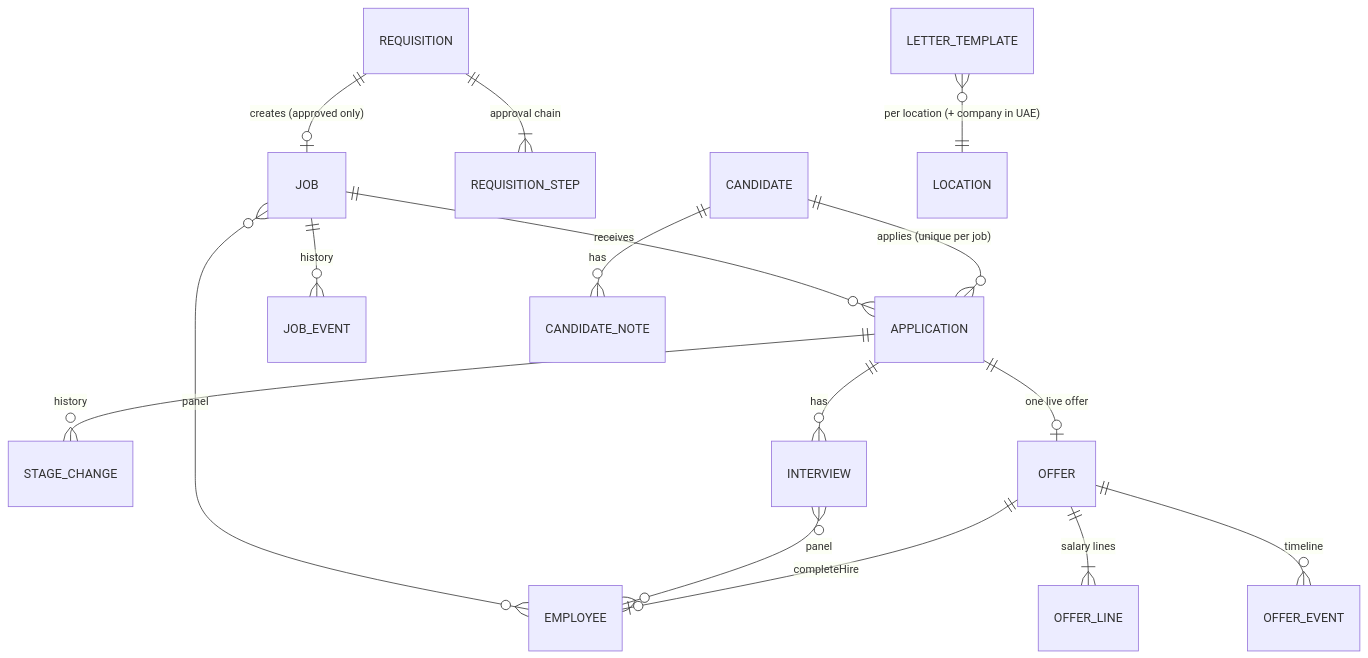
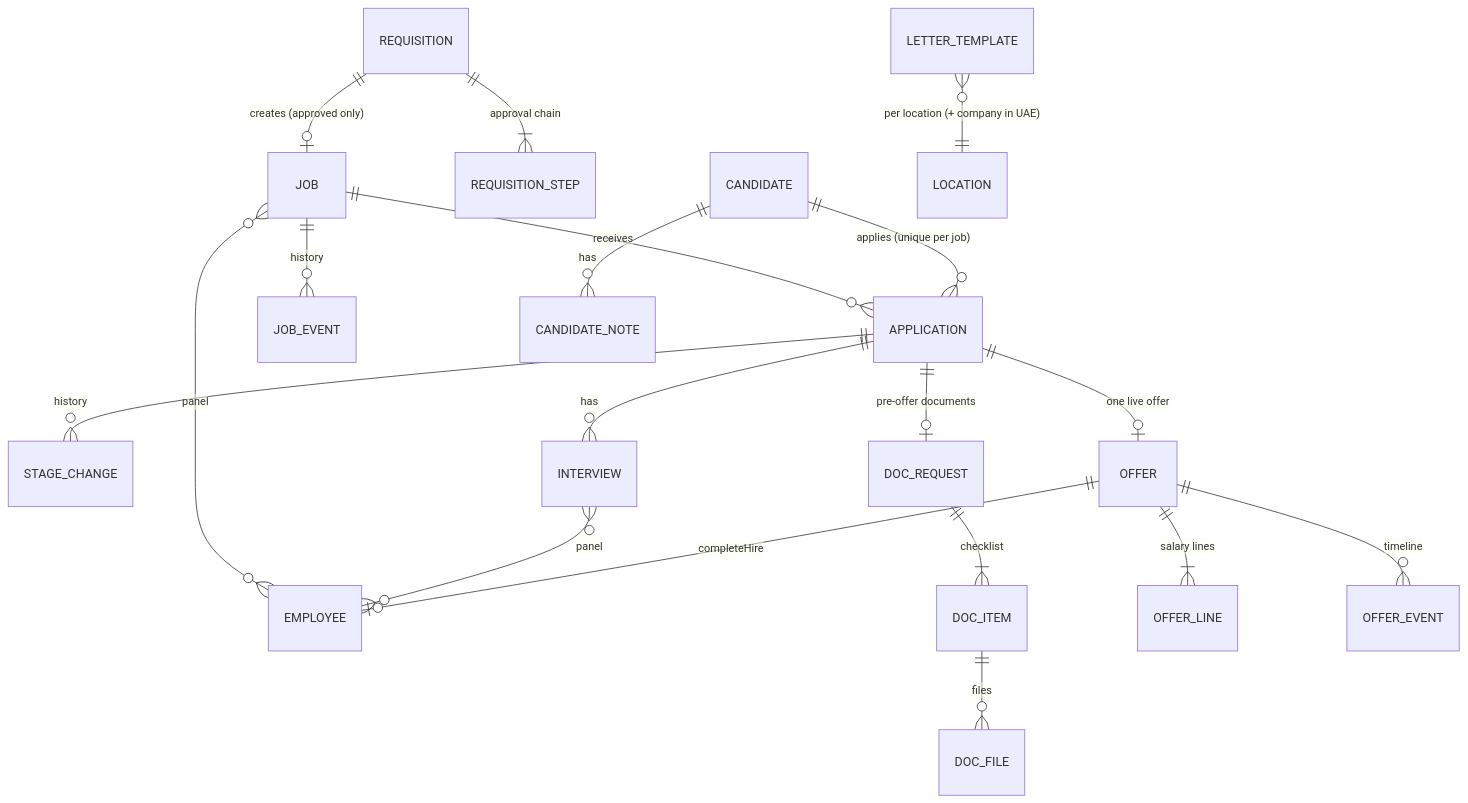
One commit to globalsurfdxb/gs-hrms-backend changed the first of 5 diagrams in docs/modules/hiring.md. Above: the diagram before and after it, drawn with Mermaid. The commit also changed other lines of this file and 28 other files, not shown here.

````diff
--- a/docs/modules/hiring.md
+++ b/docs/modules/hiring.md
@@ -40,18 +46,21 @@
 ```mermaid
 erDiagram
   REQUISITION ||--o| JOB : "creates (approved only)"
   REQUISITION ||--|{ REQUISITION_STEP : "approval chain"
   JOB ||--o{ APPLICATION : receives
   JOB ||--o{ JOB_EVENT : history
   JOB }o--o{ EMPLOYEE : "panel"
   CANDIDATE ||--o{ APPLICATION : "applies (unique per job)"
   CANDIDATE ||--o{ CANDIDATE_NOTE : has
   APPLICATION ||--o{ STAGE_CHANGE : history
   APPLICATION ||--o{ INTERVIEW : has
   INTERVIEW }o--o{ EMPLOYEE : "panel"
+  APPLICATION ||--o| DOC_REQUEST : "pre-offer documents"
+  DOC_REQUEST ||--|{ DOC_ITEM : "checklist"
+  DOC_ITEM ||--o{ DOC_FILE : files
   APPLICATION ||--o| OFFER : "one live offer"
   OFFER ||--|{ OFFER_LINE : "salary lines"
   OFFER ||--o{ OFFER_EVENT : timeline
   OFFER ||--o| EMPLOYEE : "completeHire"
   LETTER_TEMPLATE }o--|| LOCATION : "per location (+ company in UAE)"
 ```
````
